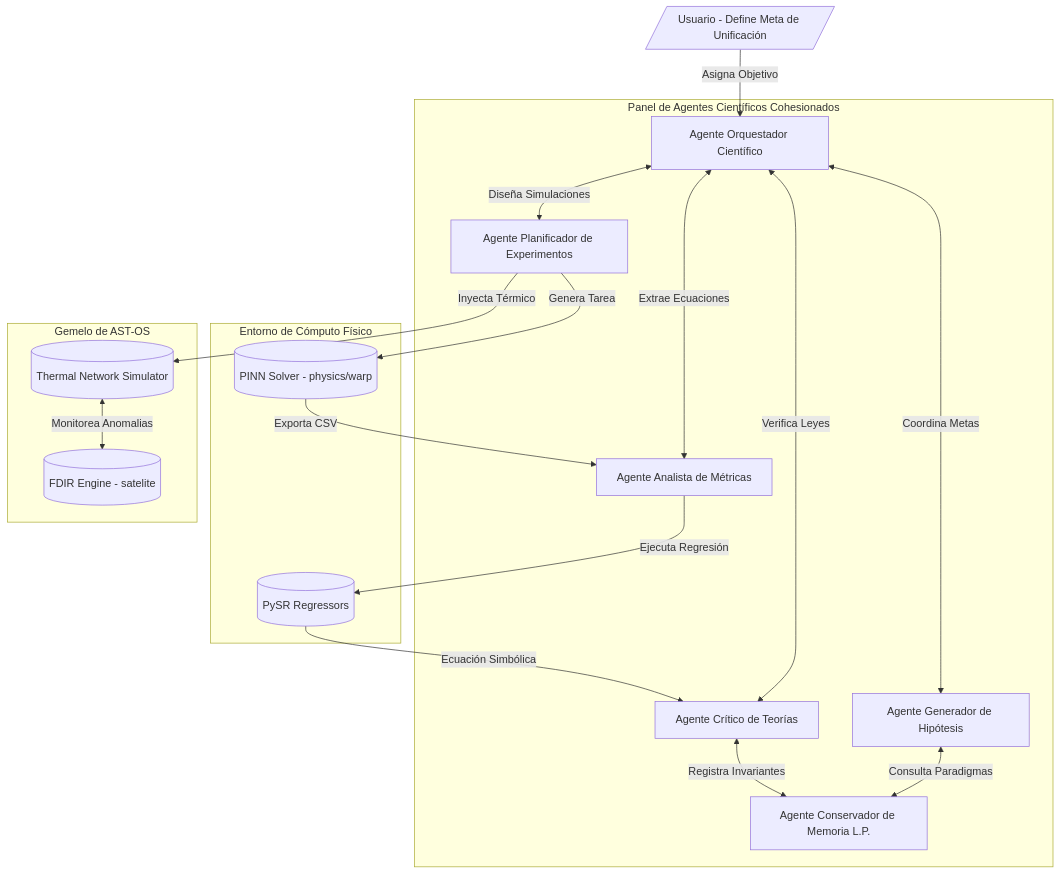
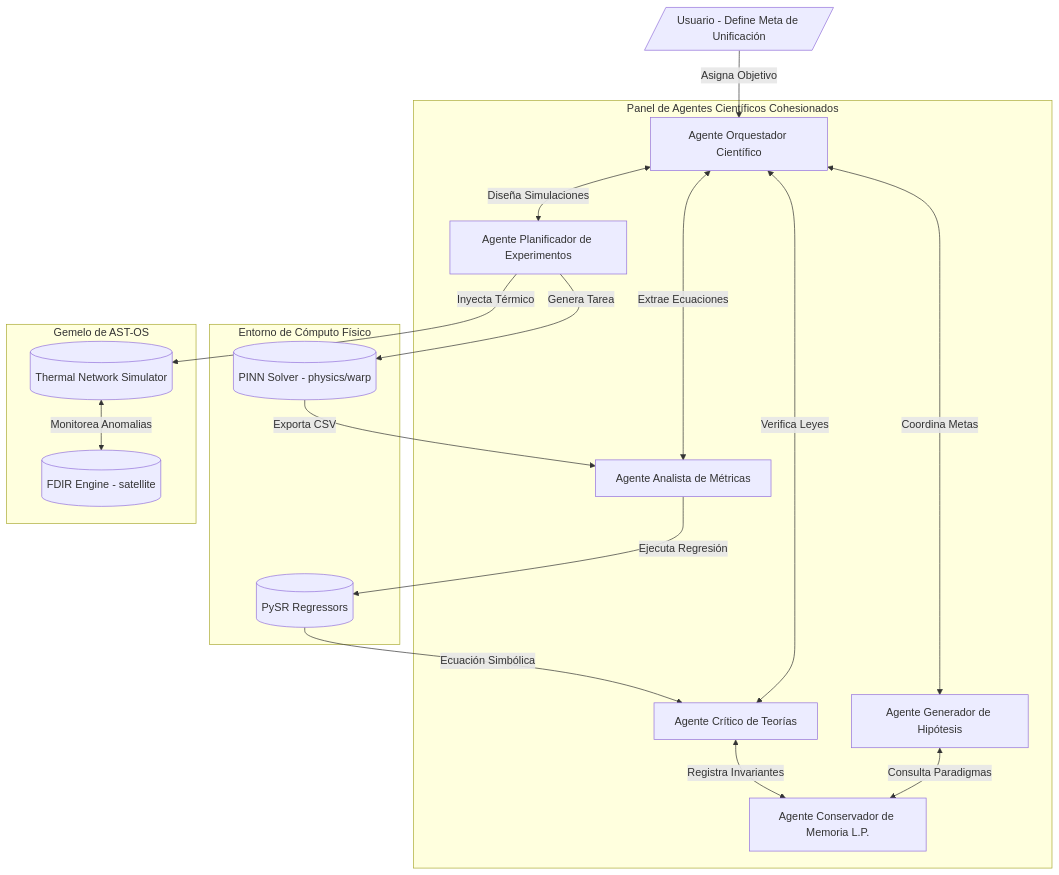
One commit to lopezalmeidaalvaro/Neurosymbolic-Dynamic-Atlas-A-Closed-Loop-Autonomous-Scientific-Discovery-Platform changed the diagram in docs/AGENT_AUDIT_AND_ROADMAP.md. Above: the diagram before and after it, drawn with Mermaid. The commit also changed 1373 other files, not shown here.

````diff
--- a/docs/AGENT_AUDIT_AND_ROADMAP.md
+++ b/docs/AGENT_AUDIT_AND_ROADMAP.md
@@ -57,26 +57,26 @@
 ```mermaid
 graph TD
     User[/Usuario - Define Meta de Unificación/] -->|Asigna Objetivo| Orchestrator[Agente Orquestador Científico]
     
     subgraph Scientific MAS [Panel de Agentes Científicos Cohesionados]
         Orchestrator <-->|Coordina Metas| HypoGen[Agente Generador de Hipótesis]
         Orchestrator <-->|Verifica Leyes| TheoryCritic[Agente Crítico de Teorías]
         Orchestrator <-->|Diseña Simulaciones| ExpPlanner[Agente Planificador de Experimentos]
         Orchestrator <-->|Extrae Ecuaciones| MetricAnalyst[Agente Analista de Métricas]
         
         HypoGen <-->|Consulta Paradigmas| Memory[Agente Conservador de Memoria L.P.]
         TheoryCritic <-->|Registra Invariantes| Memory
     end
     
     subgraph Execution Core [Entorno de Cómputo Físico]
         ExpPlanner -->|Genera Tarea| PINNSolver[(PINN Solver - physics/warp)]
         PINNSolver -->|Exporta CSV| MetricAnalyst
         MetricAnalyst -->|Ejecuta Regresión| PySRSolver[(PySR Regressors)]
         PySRSolver -->|Ecuación Simbólica| TheoryCritic
     end
     
     subgraph Validation Twin [Gemelo de AST-OS]
         ExpPlanner -->|Inyecta Térmico| ThermalTwin[(Thermal Network Simulator)]
-        ThermalTwin <-->|Monitorea Anomalias| FDIREngine[(FDIR Engine - satelite)]
+        ThermalTwin <-->|Monitorea Anomalias| FDIREngine[(FDIR Engine - satellite)]
     end
 ```
````
